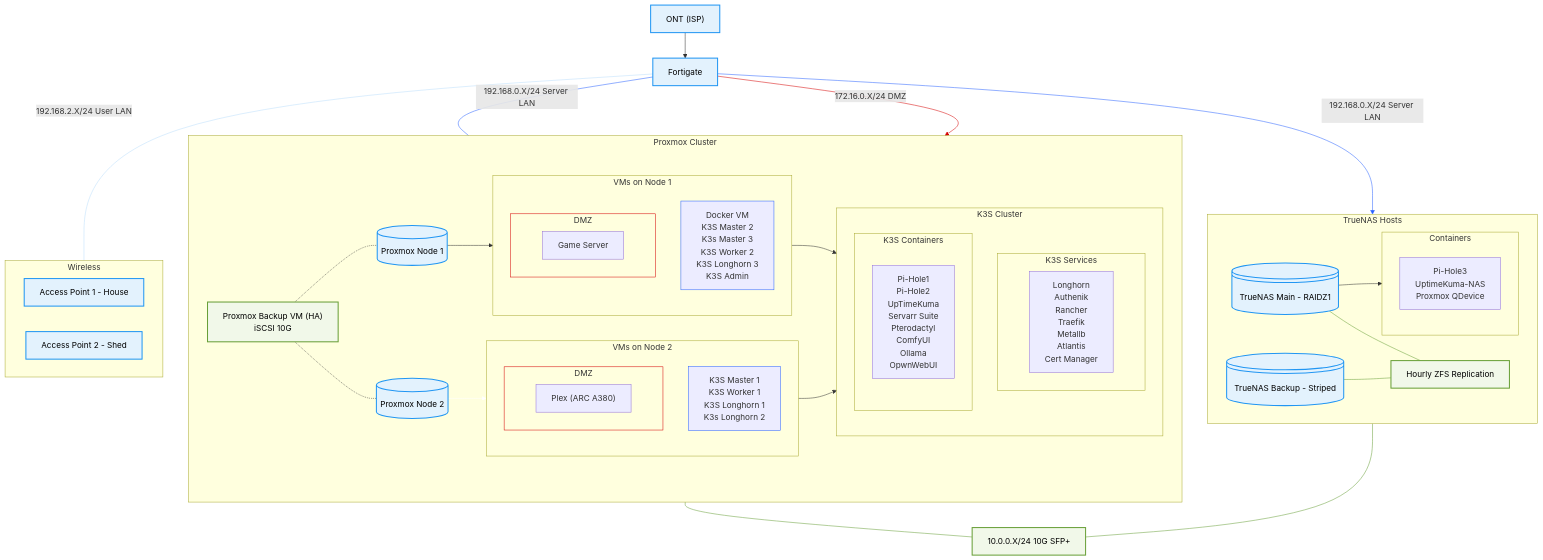
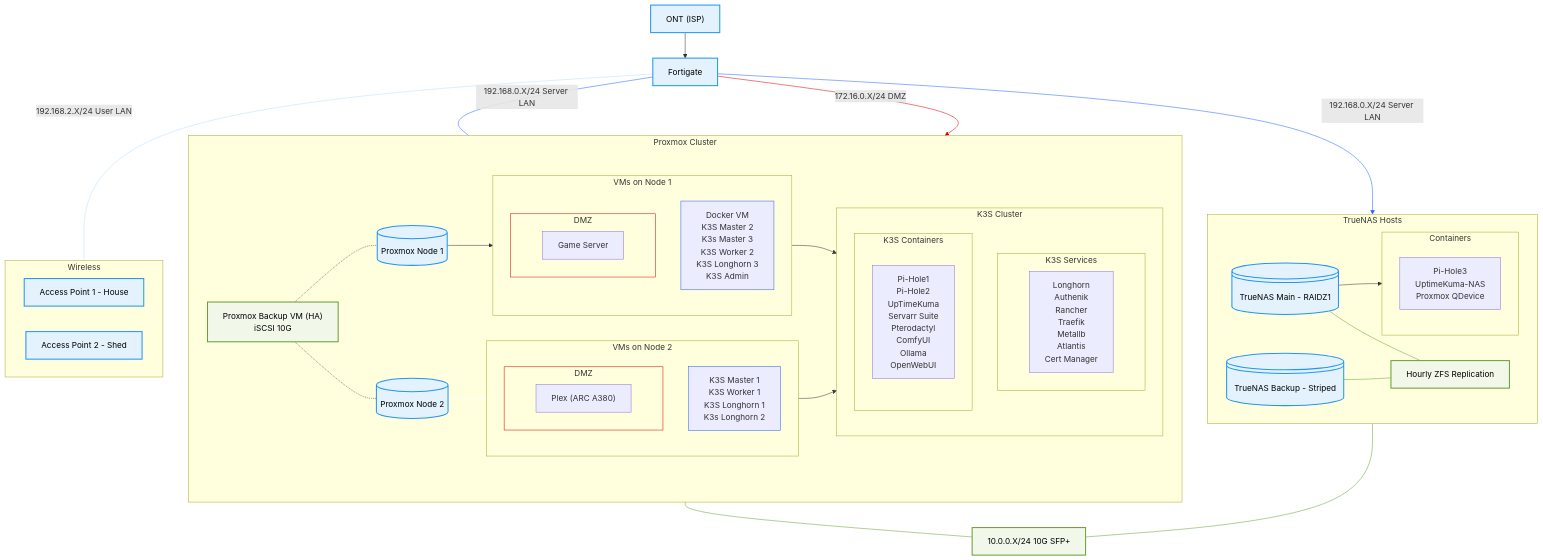
Before and after one commit to rbmfullerton/homelab: the diagram in README.md, drawn with Mermaid.

Commit message:
Fix typo in K3SSerList for OpenWebUI

```diff
--- a/README.md
+++ b/README.md
@@ -36,7 +36,7 @@
         K3SPodList["Longhorn<br>Authenik<br>Rancher<br>Traefik<br>Metallb<br>Atlantis<br>Cert Manager"]
   end
  subgraph K3SCons["K3S Containers"]
-        K3SSerList["Pi-Hole1<br>Pi-Hole2<br>UpTimeKuma<br>Servarr Suite<br>Pterodactyl<br>ComfyUI<br>Ollama<br>OpwnWebUI"]
+        K3SSerList["Pi-Hole1<br>Pi-Hole2<br>UpTimeKuma<br>Servarr Suite<br>Pterodactyl<br>ComfyUI<br>Ollama<br>OpenWebUI"]
   end
  subgraph K3S["K3S Cluster"]
         K3SCons
```
